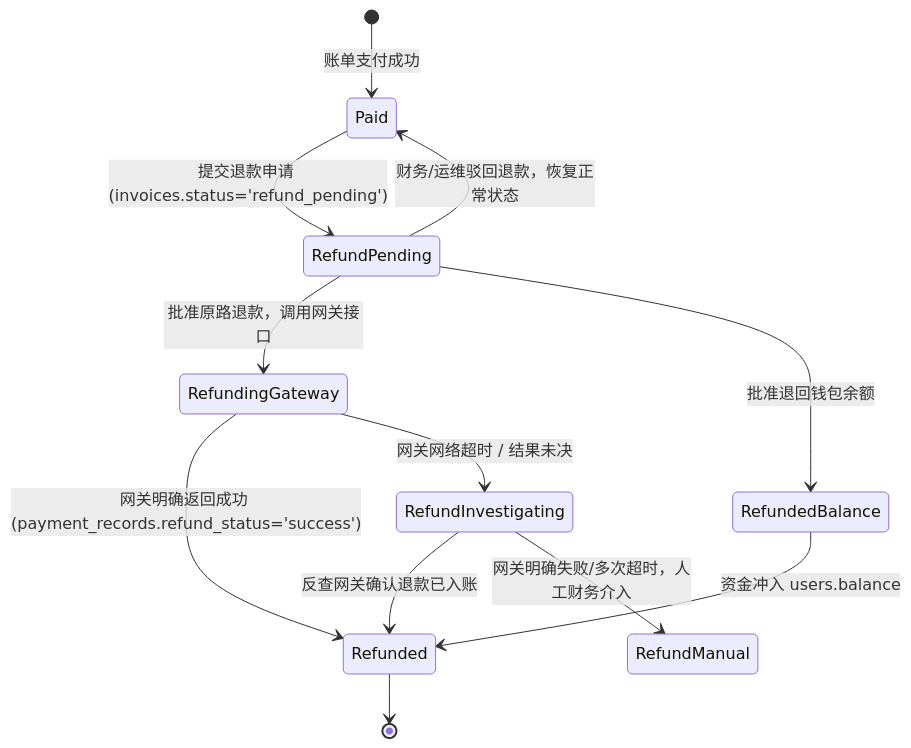
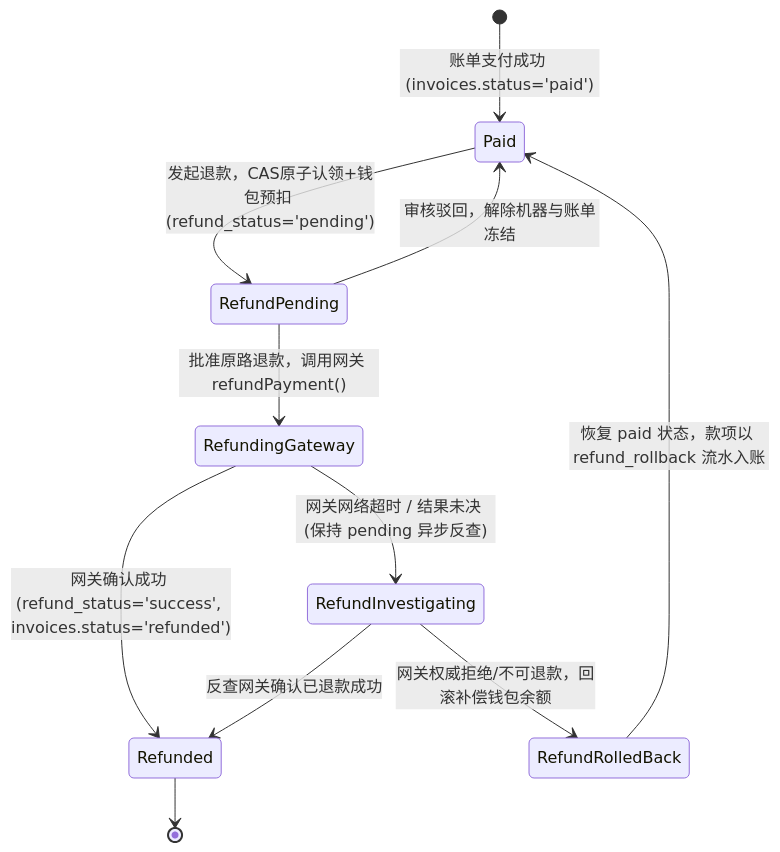
Before and after one commit to QAQ000000/idc: the second of 2 diagrams in docs/PAYMENTS_LEDGER.md, drawn with Mermaid. The commit also changed other lines of this file and 7 other files, not shown here.

````diff
--- a/docs/PAYMENTS_LEDGER.md
+++ b/docs/PAYMENTS_LEDGER.md
@@ -93,18 +87,17 @@
 ```mermaid
 stateDiagram-v2
-    [*] --> Paid: 账单支付成功
-    Paid --> RefundPending: 提交退款申请 (invoices.status='refund_pending')
+    [*] --> Paid: 账单支付成功 (invoices.status='paid')
+    Paid --> RefundPending: 发起退款，CAS原子认领+钱包预扣 (refund_status='pending')
     
-    RefundPending --> Paid: 财务/运维驳回退款，恢复正常状态
-    RefundPending --> RefundingGateway: 批准原路退款，调用网关接口
-    RefundPending --> RefundedBalance: 批准退回钱包余额
+    RefundPending --> Paid: 审核驳回，解除机器与账单冻结
+    RefundPending --> RefundingGateway: 批准原路退款，调用网关 refundPayment()
     
-    RefundingGateway --> Refunded: 网关明确返回成功 (payment_records.refund_status='success')
-    RefundingGateway --> RefundInvestigating: 网关网络超时 / 结果未决
+    RefundingGateway --> Refunded: 网关确认成功 (refund_status='success', invoices.status='refunded')
+    RefundingGateway --> RefundInvestigating: 网关网络超时 / 结果未决 (保持 pending 异步反查)
     
-    RefundInvestigating --> Refunded: 反查网关确认退款已入账
-    RefundInvestigating --> RefundManual: 网关明确失败/多次超时，人工财务介入
+    RefundInvestigating --> Refunded: 反查网关确认已退款成功
+    RefundInvestigating --> RefundRolledBack: 网关权威拒绝/不可退款，回滚补偿钱包余额
     
-    RefundedBalance --> Refunded: 资金冲入 users.balance
+    RefundRolledBack --> Paid: 恢复 paid 状态，款项以 refund_rollback 流水入账
     Refunded --> [*]
 ```
````
